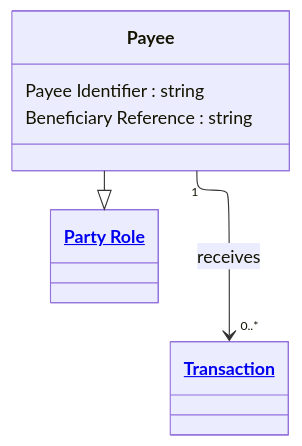
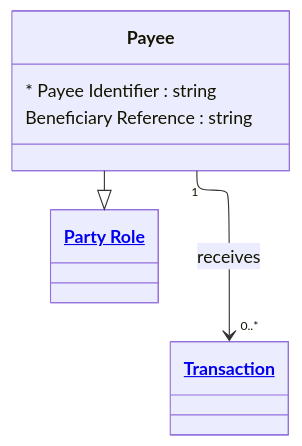
The diagram in examples/Financial Crime/entities/payee.md (Semprini/md-ddl), drawn with Mermaid before and after one commit. The commit also changed 60 other files, not shown here.

````diff
--- a/examples/Financial Crime/entities/payee.md
+++ b/examples/Financial Crime/entities/payee.md
@@ -9,17 +9,17 @@
 ```mermaid
 ---
 config:
   layout: elk
 ---
 classDiagram
   class Payee{
-    Payee Identifier : string
+    * Payee Identifier : string
     Beneficiary Reference : string
   }
 
   Payee --|> PartyRole
   Payee "1" --> "0..*" Transaction : receives
 
   class PartyRole["<a href='party_role.md'>Party Role</a>"]
   class Transaction["<a href='transaction.md'>Transaction</a>"]
 ```
````
